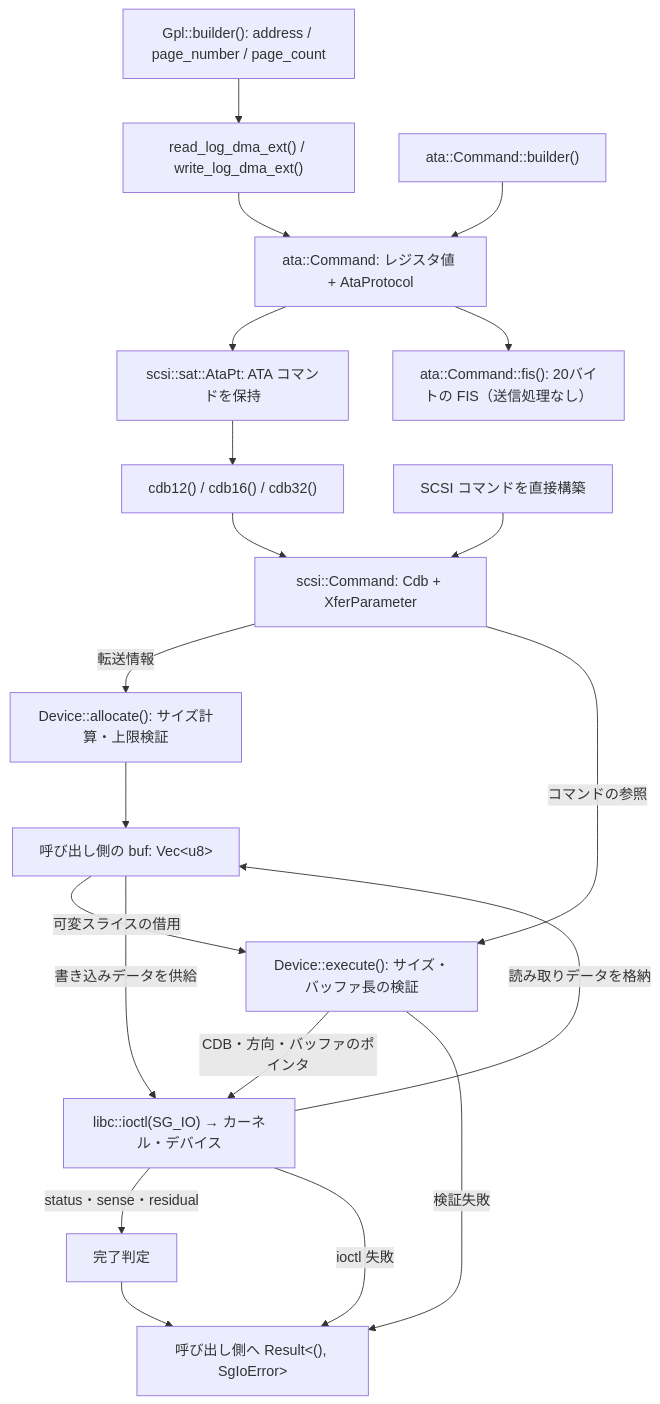
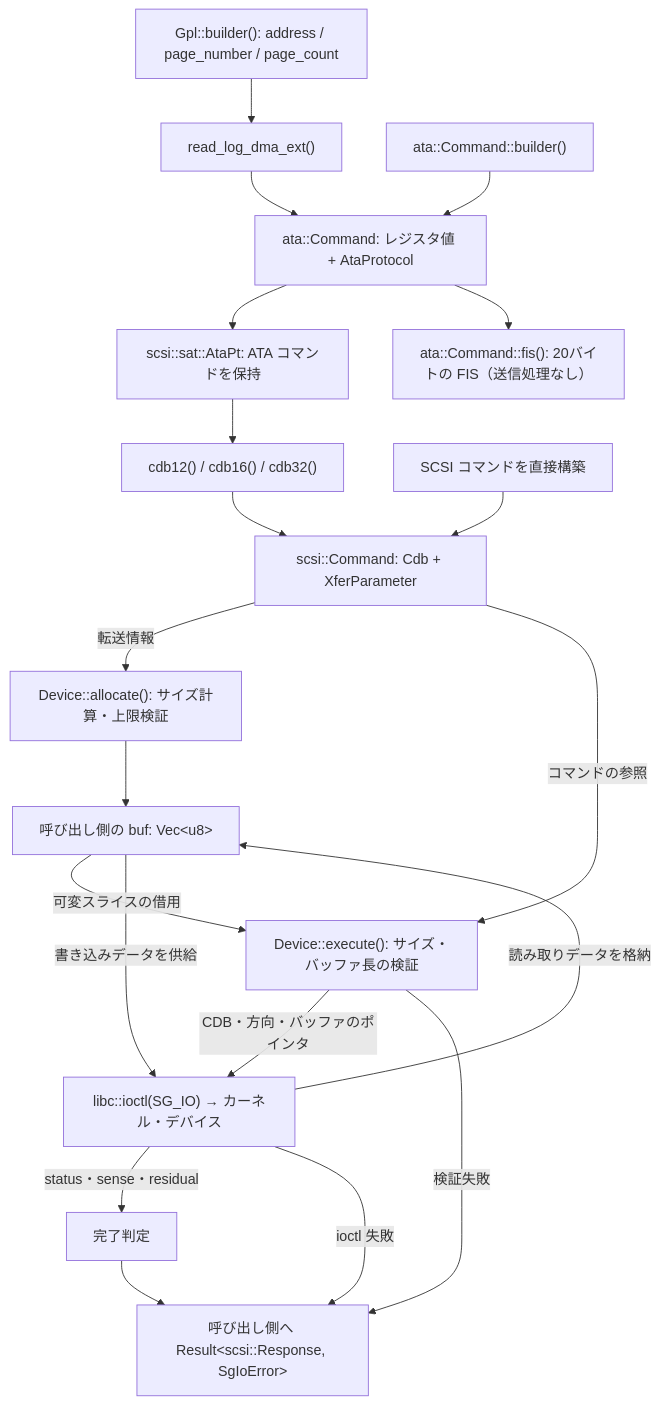
Before and after one commit to n-nazuna/lib_bbev: the third of 4 diagrams in ARCHITECTURE.md, drawn with Mermaid. The commit also changed other lines of this file and 2 other files, not shown here.

````diff
--- a/ARCHITECTURE.md
+++ b/ARCHITECTURE.md
@@ -54,24 +87,24 @@
 ```mermaid
 flowchart TD
-    gpl["Gpl::builder(): address / page_number / page_count"] --> builder["read_log_dma_ext() / write_log_dma_ext()"]
+    gpl["Gpl::builder(): address / page_number / page_count"] --> builder["read_log_dma_ext()"]
     builder --> ata["ata::Command: レジスタ値 + AtaProtocol"]
     direct["ata::Command::builder()"] --> ata
     ata --> pt["scsi::sat::AtaPt: ATA コマンドを保持"]
     pt --> cdb["cdb12() / cdb16() / cdb32()"]
     cdb --> scsi["scsi::Command: Cdb + XferParameter"]
     native["SCSI コマンドを直接構築"] --> scsi
     ata --> fis["ata::Command::fis(): 20バイトの FIS（送信処理なし）"]
 
     scsi -->|転送情報| allocate["Device::allocate(): サイズ計算・上限検証"]
     allocate --> buf["呼び出し側の buf: Vec&lt;u8&gt;"]
     scsi -->|コマンドの参照| execute["Device::execute(): サイズ・バッファ長の検証"]
     buf -->|可変スライスの借用| execute
     execute -->|CDB・方向・バッファのポインタ| ioctl["libc::ioctl(SG_IO) → カーネル・デバイス"]
 
     ioctl -->|読み取りデータを格納| buf
     buf -->|書き込みデータを供給| ioctl
     ioctl -->|status・sense・residual| check["完了判定"]
-    check --> result["呼び出し側へ Result&lt;(), SgIoError&gt;"]
+    check --> result["呼び出し側へ Result&lt;scsi::Response, SgIoError&gt;"]
     execute -->|検証失敗| result
     ioctl -->|ioctl 失敗| result
 ```
````
